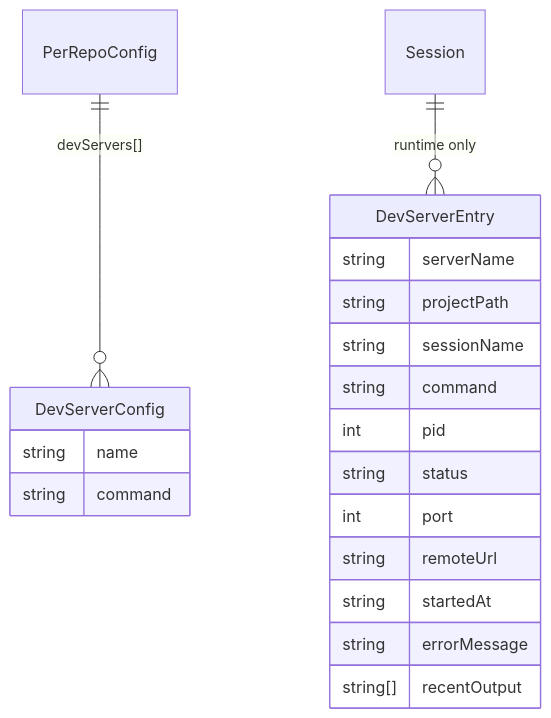
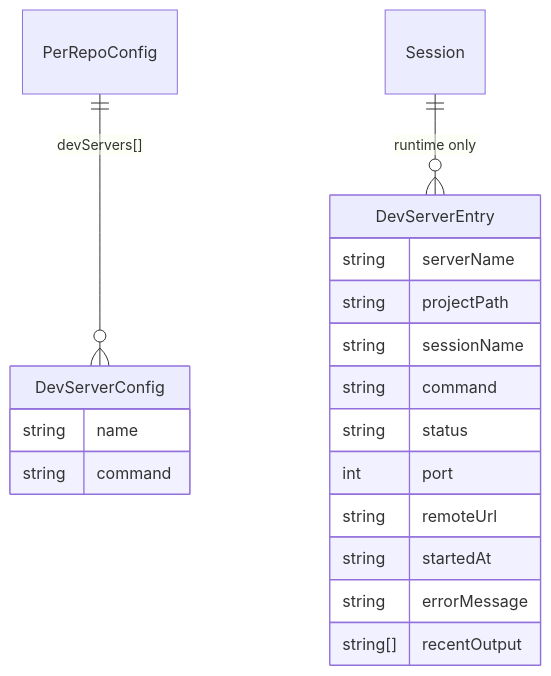
The fifth of 8 diagrams in .kiro/specs/dev-server-automation/design.md (amhuppert/remote-ai-manager), drawn with Mermaid before and after one commit. The commit also changed other lines of this file and 14 other files, not shown here.

````diff
--- a/.kiro/specs/dev-server-automation/design.md
+++ b/.kiro/specs/dev-server-automation/design.md
@@ -513,22 +508,21 @@
 ```mermaid
 erDiagram
     PerRepoConfig ||--o{ DevServerConfig : "devServers[]"
     DevServerConfig {
         string name
         string command
     }
     Session ||--o{ DevServerEntry : "runtime only"
     DevServerEntry {
         string serverName
         string projectPath
         string sessionName
         string command
-        int pid
         string status
         int port
         string remoteUrl
         string startedAt
         string errorMessage
         string[] recentOutput
     }
 ```
````
